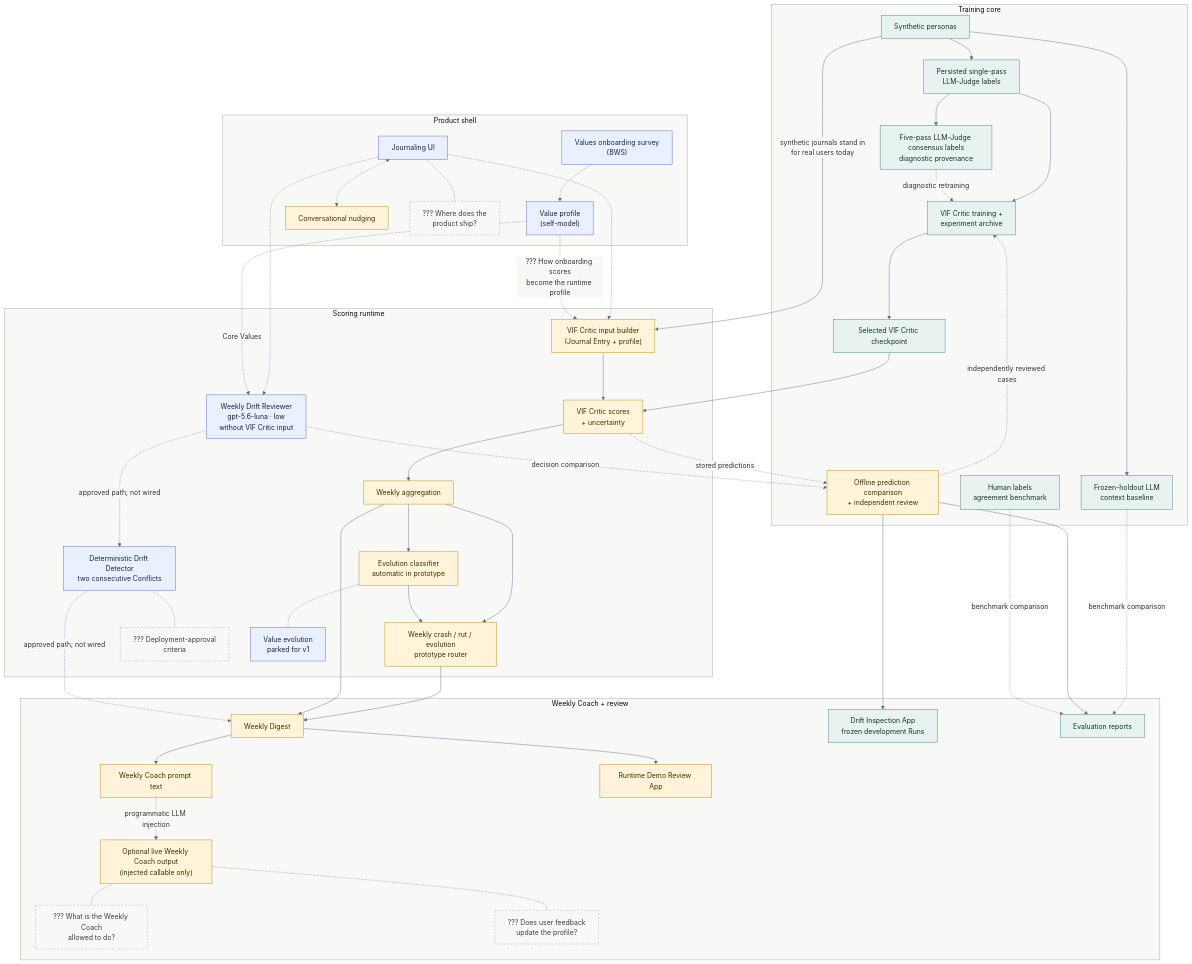
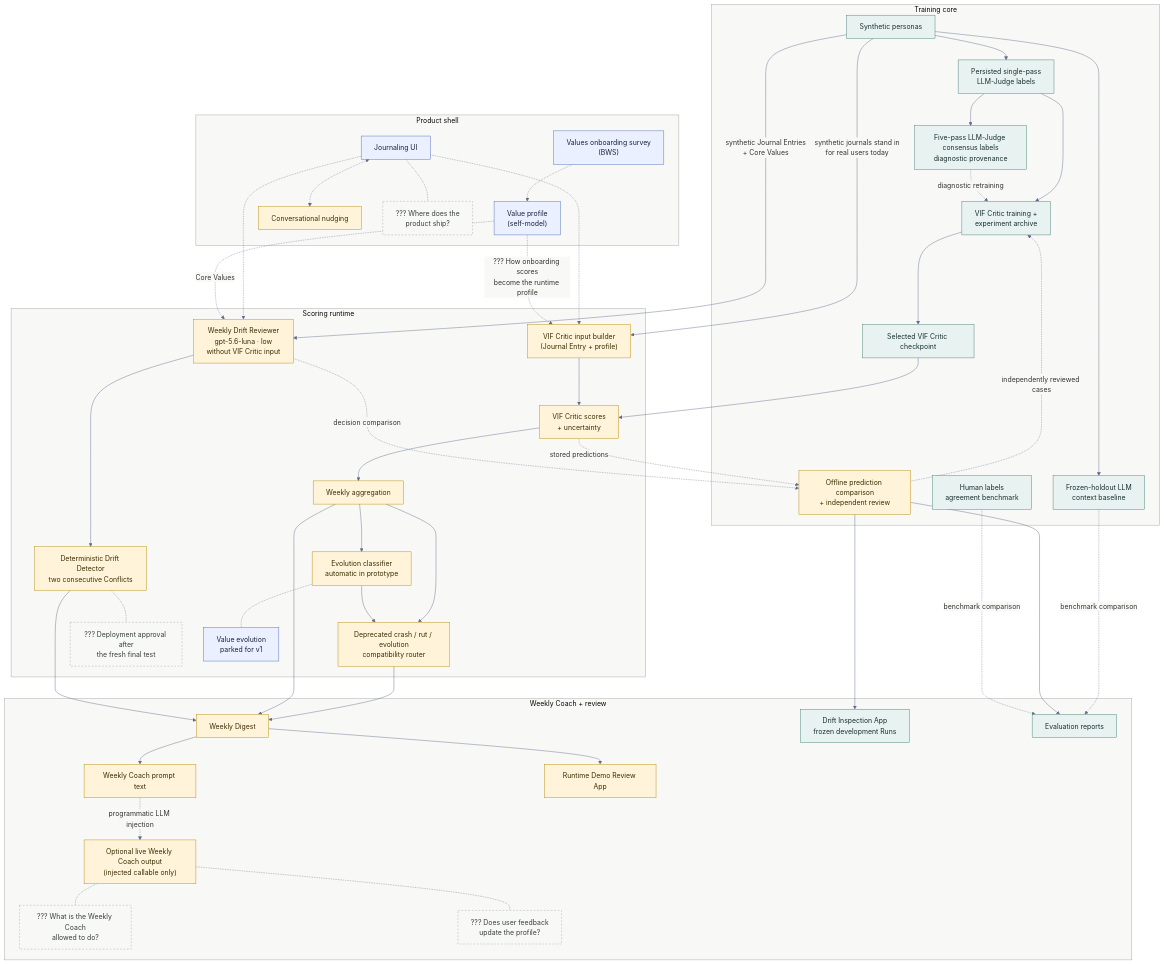
One commit to DesmondChoy/twinkl changed the diagram in docs/architecture/e2e_architecture.md. Above: the diagram before and after it, drawn with Mermaid. The commit also changed other lines of this file and 33 other files, not shown here.

Commit message:
feat: implement weekly drift runtime (twinkl-a2w)

````diff
--- a/docs/architecture/e2e_architecture.md
+++ b/docs/architecture/e2e_architecture.md
@@ -55,11 +55,11 @@
         state["VIF Critic input builder<br/>(Journal Entry + profile)"]
         scores["VIF Critic scores<br/>+ uncertainty"]
         weekly["Weekly aggregation"]
-        drift["Weekly crash / rut / evolution<br/>prototype router"]
+        drift["Deprecated crash / rut / evolution<br/>compatibility router"]
         reviewer["Weekly Drift Reviewer<br/>gpt-5.6-luna · low<br/>without VIF Critic input"]
         drift_v1["Deterministic Drift Detector<br/>two consecutive Conflicts"]
         evolution["Evolution classifier<br/>automatic in prototype"]
-        d_trigger["??? Deployment-approval<br/>criteria"]
+        d_trigger["??? Deployment approval after<br/>the fresh final test"]
         d_evolution["Value evolution<br/>parked for v1"]
     end
 
@@ -99,17 +99,18 @@
 
     %% What actually feeds the runtime today
     personas -->|"synthetic journals stand in<br/>for real users today"| state
+    personas -->|"synthetic Journal Entries<br/>+ Core Values"| reviewer
 
     %% Scoring runtime (wired, experimental)
     checkpoint --> scores
     state --> scores --> weekly --> drift
     weekly --> evolution --> drift
-    reviewer -. "approved path; not wired" .-> drift_v1
+    reviewer --> drift_v1
 
     %% Weekly Coach + review (wired, experimental)
     drift --> digest
     weekly --> digest
-    drift_v1 -. "approved path; not wired" .-> digest
+    drift_v1 --> digest
     digest --> prompt
     prompt -. "programmatic LLM injection" .-> narrative
     digest --> runtime_review
@@ -122,7 +123,7 @@
     narrative -.- d_feedback
 
     class personas,judge,consensus,annotation,critic_train,checkpoint,llm_baseline,drift_review,reports implemented;
-    class state,scores,weekly,drift,evolution,digest,prompt,narrative,runtime_review,offline_review,nudges partial;
-    class onboarding,profile,journaling,reviewer,drift_v1,d_evolution specified;
+    class state,scores,weekly,drift,evolution,reviewer,drift_v1,digest,prompt,narrative,runtime_review,offline_review,nudges partial;
+    class onboarding,profile,journaling,d_evolution specified;
     class d_surface,d_trigger,d_boundary,d_feedback decision;
 ```
````
